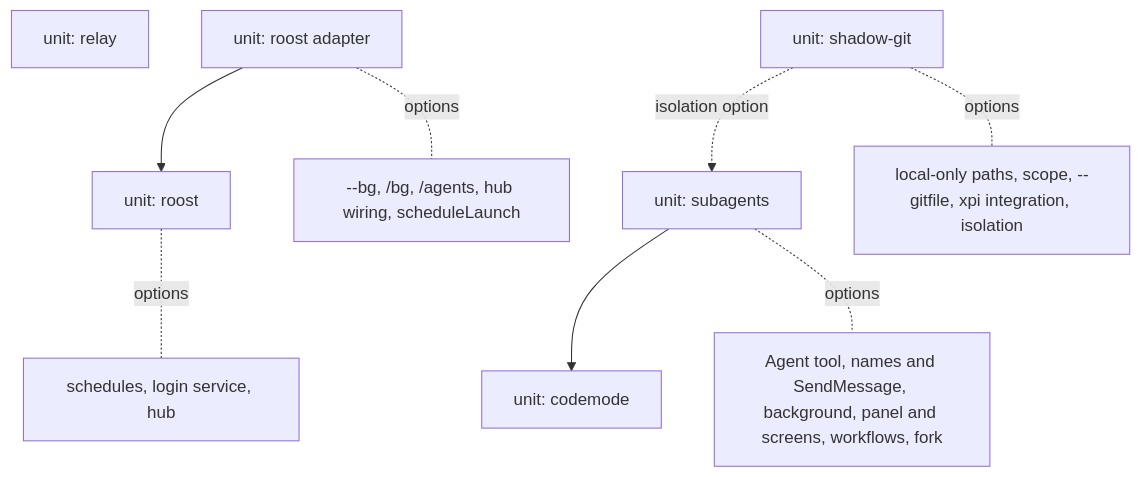
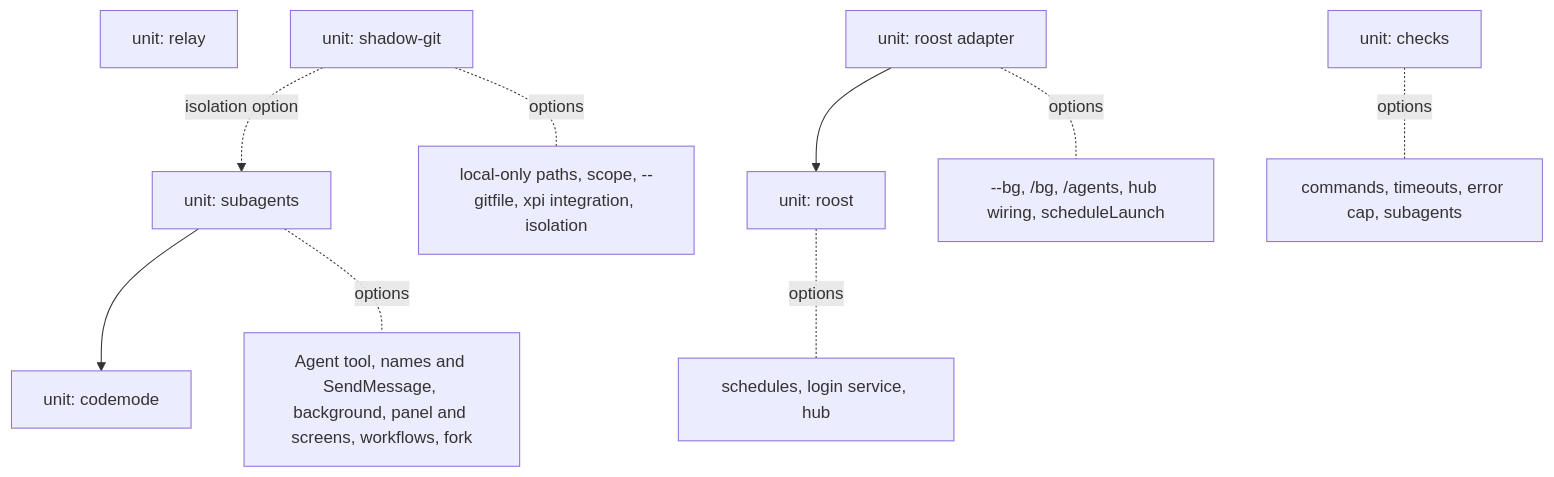
The diagram in packages/xpi-coding-agent/docs/porting.md (luoxin9510/xin-pi), drawn with Mermaid before and after one commit. The commit also changed other lines of this file and 9 other files, not shown here.

First line of the commit message:
docs: checks after edits (checks.md, settings, porting menu, subagents, READMEs)

````diff
--- a/packages/xpi-coding-agent/docs/porting.md
+++ b/packages/xpi-coding-agent/docs/porting.md
@@ -35,16 +36,18 @@
 ```mermaid
 graph TD
   codemode[unit: codemode]
   subagents[unit: subagents]
   relay[unit: relay]
   roost[unit: roost]
   adapter[unit: roost adapter]
   shadowgit[unit: shadow-git]
+  checks[unit: checks]
   subagents --> codemode
   adapter --> roost
   shadowgit -. isolation option .-> subagents
   subagents -. options .- o1[Agent tool, names and SendMessage, background, panel and screens, workflows, fork]
   roost -. options .- o2[schedules, login service, hub]
   shadowgit -. options .- o4[local-only paths, scope, --gitfile, xpi integration, isolation]
+  checks -. options .- o5[commands, timeouts, error cap, subagents]
   adapter -. options .- o3[--bg, /bg, /agents, hub wiring, scheduleLaunch]
 ```
````
